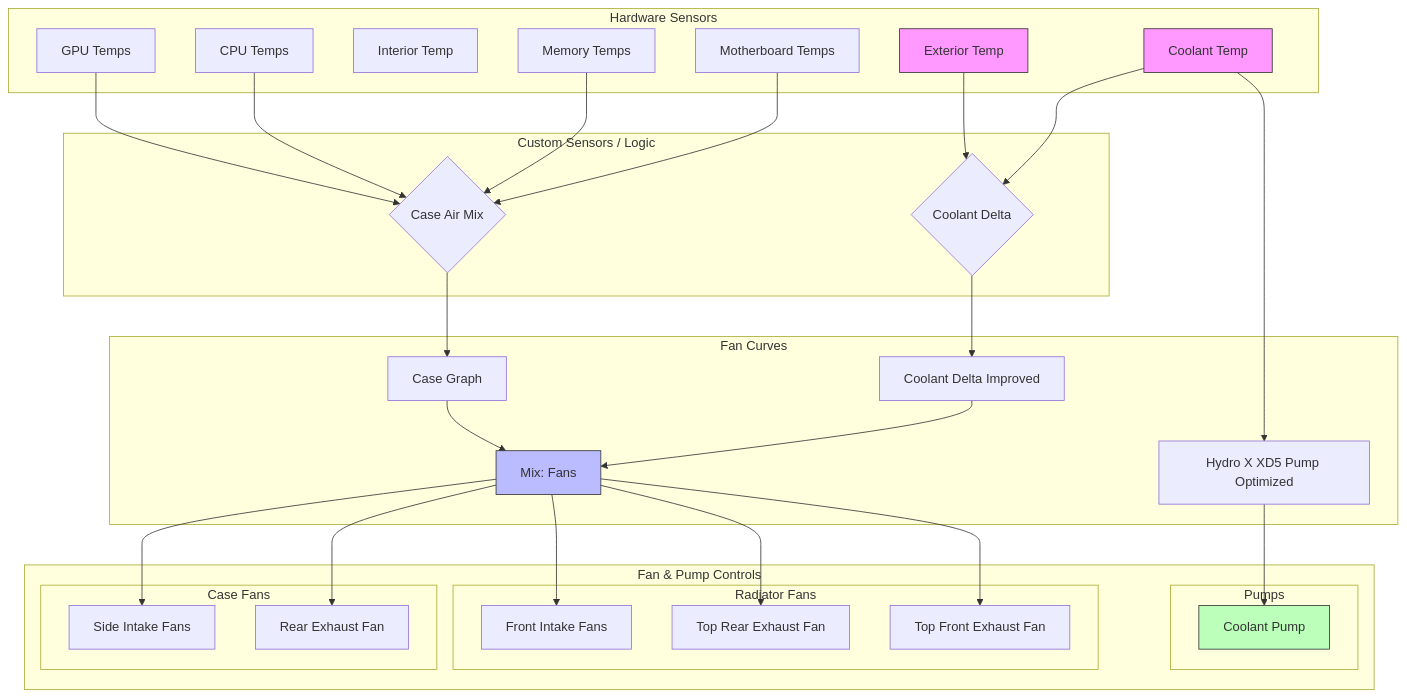
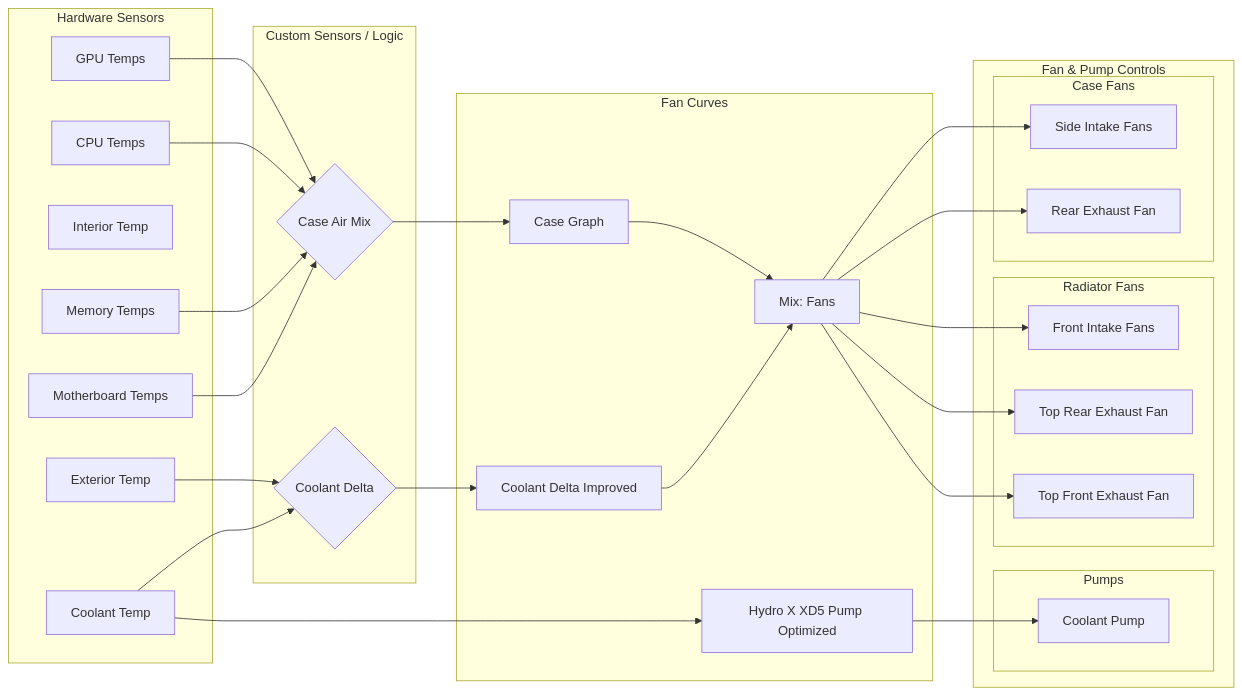
The diagram in README.md (Garulf/FanControl-config), drawn with Mermaid before and after one commit.

Commit message:
Remove styling

````diff
--- a/README.md
+++ b/README.md
@@ -5,72 +5,66 @@
 ```mermaid
-graph TD
+graph LR
     %% Sensors
     subgraph Sensors [Hardware Sensors]
         S1[Coolant Temp]
         S2[Exterior Temp]
         S3[Interior Temp]
         S4[Motherboard Temps]
         S5[Memory Temps]
         S6[CPU Temps]
         S7[GPU Temps]
     end
 
     %% Custom Sensors (Mixes)
     subgraph Mixes [Custom Sensors / Logic]
         M1{Coolant Delta}
         M2{Case Air Mix}
     end
 
     %% Curves
     subgraph Curves [Fan Curves]
         C1[Coolant Delta Improved]
         C2[Case Graph]
         C3[Mix: Fans]
         C4[Hydro X XD5 Pump Optimized]
     end
 
     %% Controls
     subgraph Controls [Fan & Pump Controls]
         subgraph Pumps [Pumps]
             F1[Coolant Pump]
         end
         subgraph RadiatorFans [Radiator Fans]
             F3[Front Intake Fans]
             F4[Top Rear Exhaust Fan]
             F5[Top Front Exhaust Fan]
         end
         subgraph CaseFans [Case Fans]
             F2[Side Intake Fans]
             F6[Rear Exhaust Fan]
         end
     end
 
     %% Relationships
     S1 --> M1
     S2 --> M1
     M1 --> C1
     
     S4 --> M2
     S5 --> M2
     S6 --> M2
     S7 --> M2
     M2 --> C2
 
     C1 --> C3
     C2 --> C3
     
     C3 --> F2
     C3 --> F3
     C3 --> F4
     C3 --> F5
     C3 --> F6
     
     S1 --> C4
     C4 --> F1
-
-    %% Styling
-    style S1 fill:#f9f,stroke:#333
-    style S2 fill:#f9f,stroke:#333
-    style C3 fill:#bbf,stroke:#333
-    style F1 fill:#bfb,stroke:#333
 ```
````
